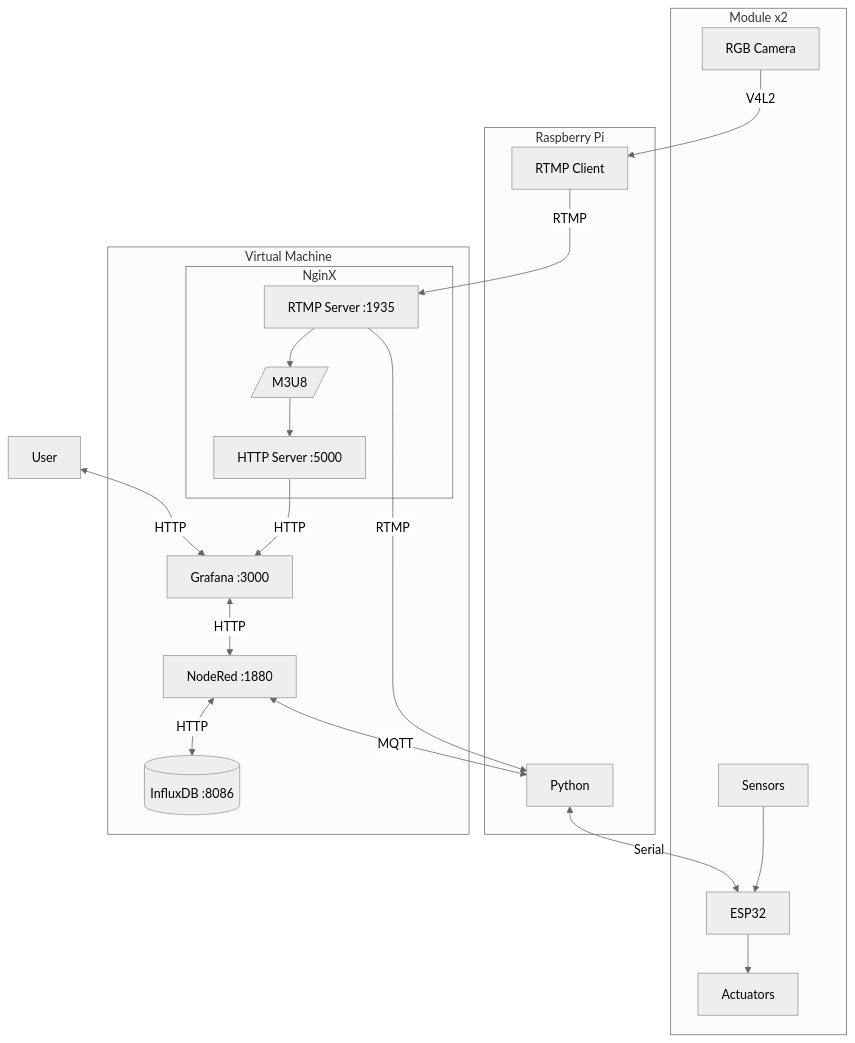
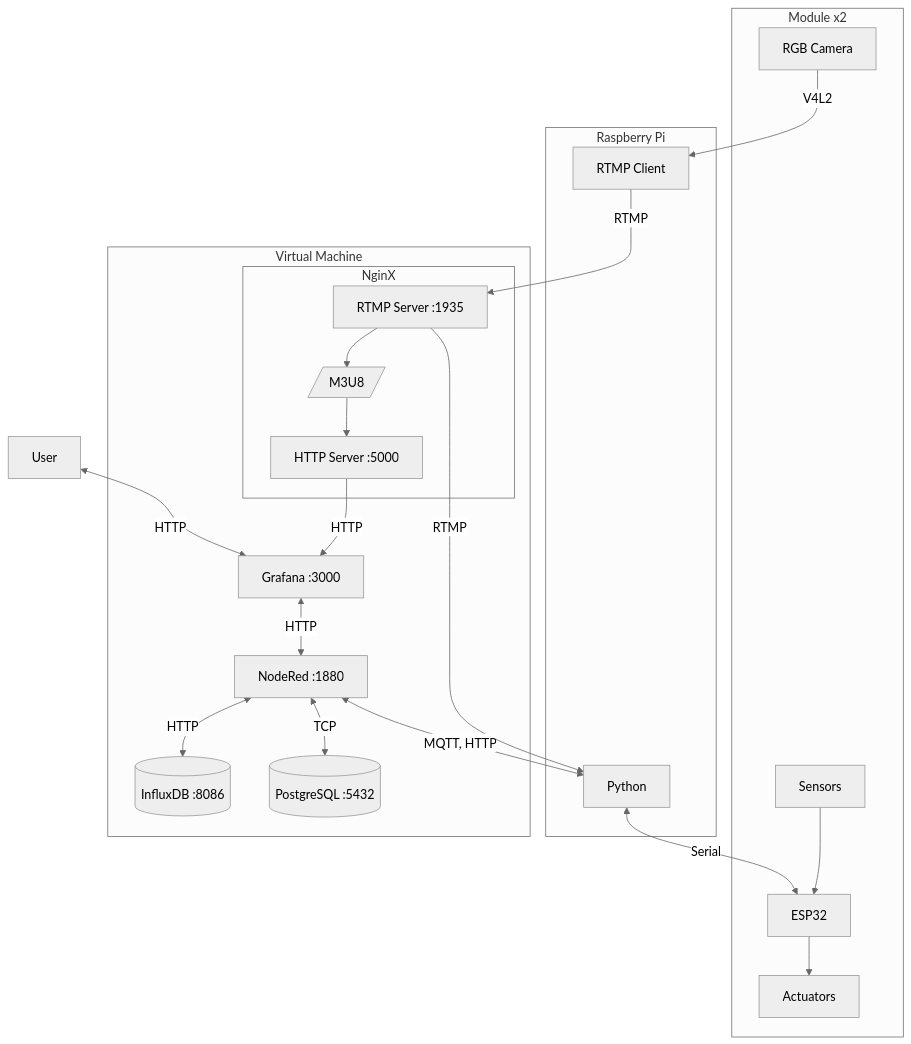
The diagram in docs/architecture.mmd (eggseal/camara-crecimiento), drawn with Mermaid (neutral theme) before and after one commit. The commit also changed 5 other files, not shown here.

```diff
--- a/docs/architecture.mmd
+++ b/docs/architecture.mmd
@@ -1,51 +1,53 @@
 flowchart 
 
 subgraph Module["Module x2"]
     Sensors["Sensors"]
     ESP32["ESP32"]
     Actuators["Actuators"]
     Camera["RGB Camera"]
 
     Sensors --> ESP32
     ESP32 --> Actuators
 end
 
 subgraph RaspberryPi["Raspberry Pi"]
     RTMPClient["RTMP Client"]
     Python["Python"]
 
     Python <-- Serial --> ESP32
 end
 
 subgraph Nginx["NginX"]
     RTMPServer["RTMP Server :1935"]
     File[/"M3U8"/]
     HTTPServer["HTTP Server :5000"]
 
     RTMPServer --> File
     File --> HTTPServer
 end
 
 subgraph Datacenter["Virtual Machine"]
     Grafana["Grafana :3000"]
     NodeRed["NodeRed :1880"]
     Influx[("InfluxDB :8086")]
+    SQL[("PostgreSQL" :5432)]
     Nginx
 
+    NodeRed <-- TCP --> SQL
     NodeRed <-- HTTP --> Influx
     Grafana <-- HTTP --> NodeRed
 end
 
 User["User"]
 
 %% ---------------- STREAM FLOW ----------------
 Camera -- V4L2 --> RTMPClient
 RTMPClient -- RTMP --> RTMPServer
 RTMPServer -- RTMP --> Python
 
 %% ---------------- DATA FLOW ----------------
-NodeRed <-- MQTT --> Python
+NodeRed <-- MQTT, HTTP --> Python
 
 %% ---------------- VISUALIZATION ----------------
 HTTPServer -- HTTP --> Grafana
 User <-- HTTP --> Grafana
```
